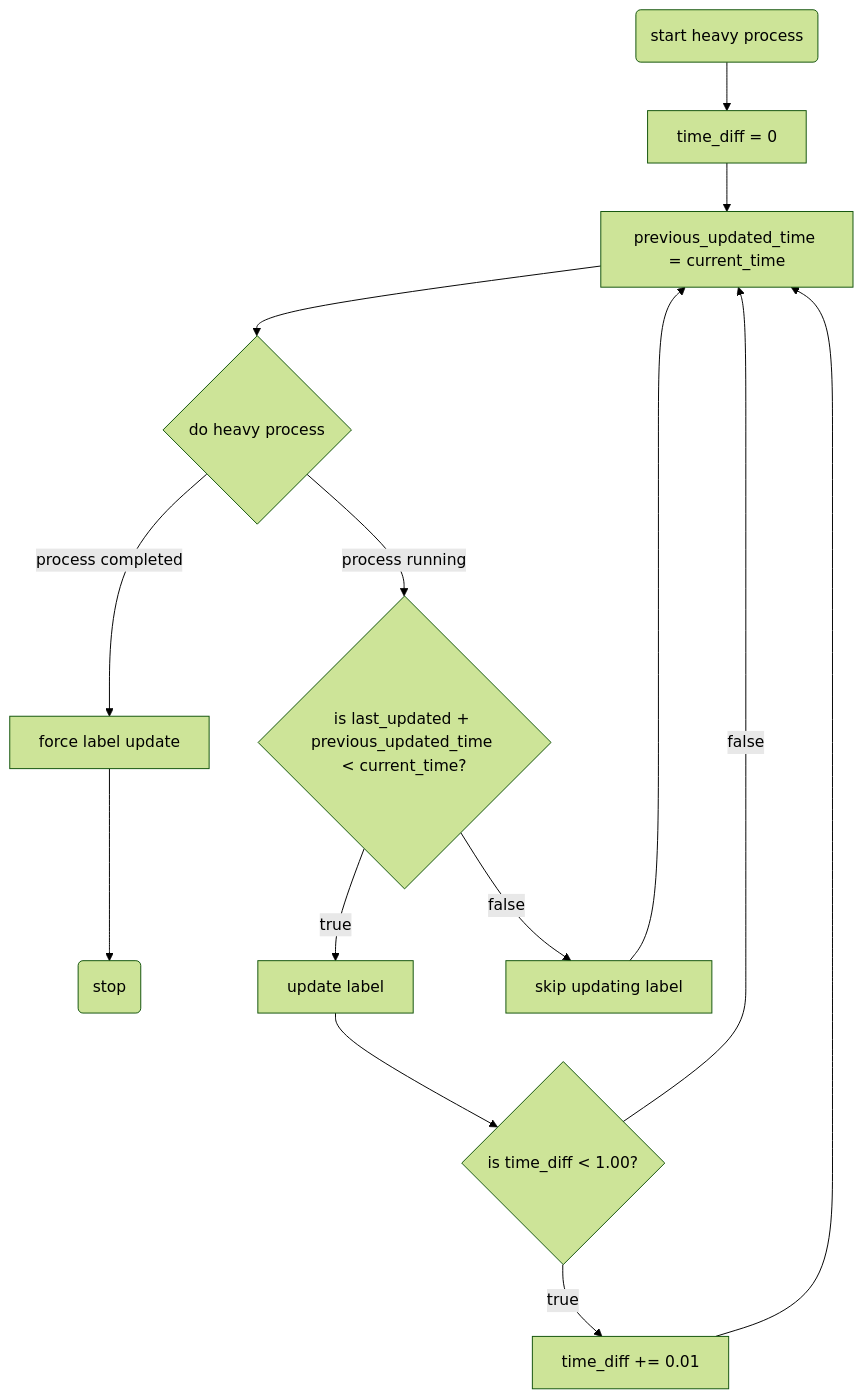
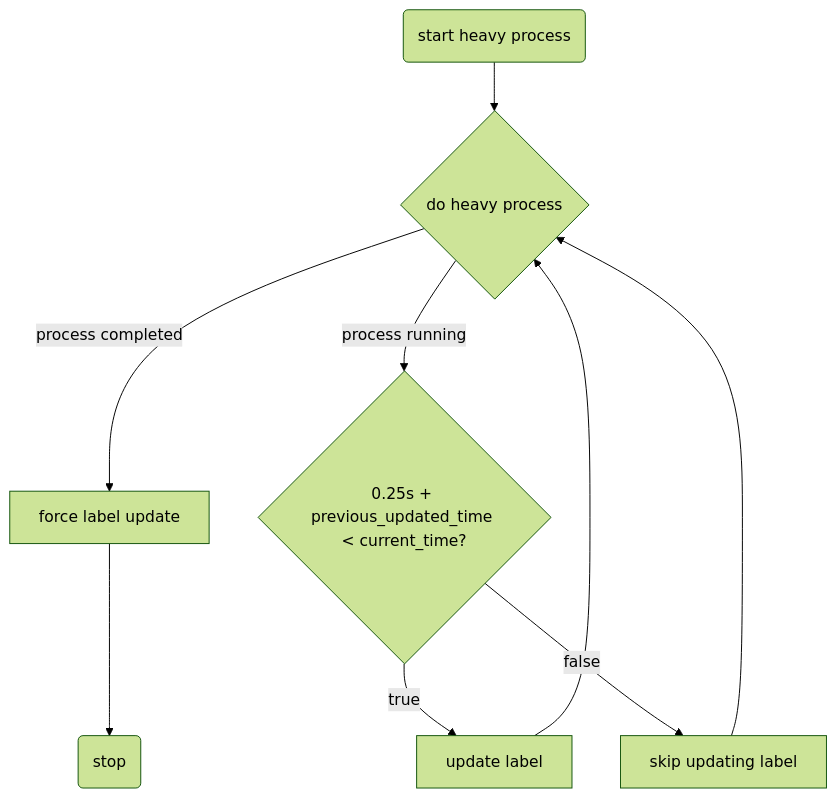
One commit to lazysegtree/carto changed the second of 2 diagrams in docs/src/content/docs/contributing/optimisation.mdx. Above: the diagram before and after it, drawn with Mermaid (forest theme). The commit also changed other lines of this file and 2 other files, not shown here.

Commit message:
fix(process): update progress every 0.25s

````diff
--- a/docs/src/content/docs/contributing/optimisation.mdx
+++ b/docs/src/content/docs/contributing/optimisation.mdx
@@ -37,16 +37,11 @@
 ```mermaid
 flowchart TD
-    b --> bc[previous_updated_time = current_time]
-    bc --> c{do heavy process}
+    a(start heavy process) --> c{do heavy process}
     c --> |process completed|h[force label update]
     h --> s(stop)
-    c --> |process running|d{is last_updated + previous_updated_time < current_time?}
+    c --> |process running|d{0.25s + previous_updated_time < current_time?}
     d --> |true|e[update label]
-    e --> i{is time_diff < 1.00?}
-    i --> |true|j[time_diff += 0.01]
-    j --> bc
-    i --> |false|bc
+    e --> c
     d --> |false|f[skip updating label]
-    f --> bc
-    a(start heavy process) --> b[time_diff = 0]
+    f --> c
 ```
````
